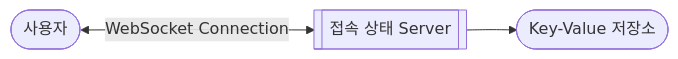
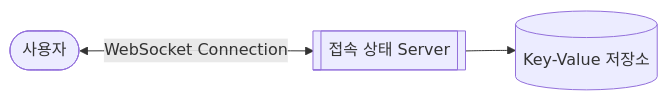
The first of 3 diagrams in _skills/system-design/online-check.md (choesimin/choesimin.github.io), drawn with Mermaid before and after one commit.

````diff
--- a/_skills/system-design/online-check.md
+++ b/_skills/system-design/online-check.md
@@ -31,9 +31,9 @@
 ```mermaid
 flowchart LR
 
 user([사용자])
 server[[접속 상태 Server]]
-store([Key-Value 저장소])
+store[(Key-Value 저장소)]
 
 user <-->|WebSocket Connection| server --> store
 ```
````
